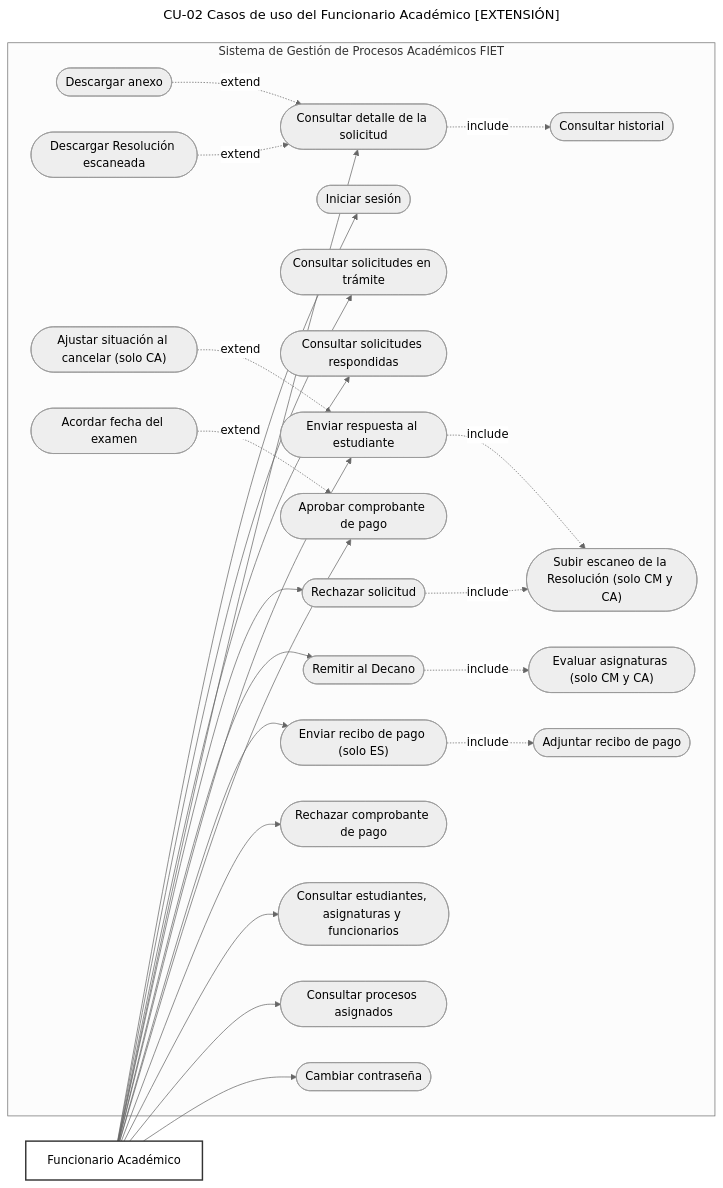
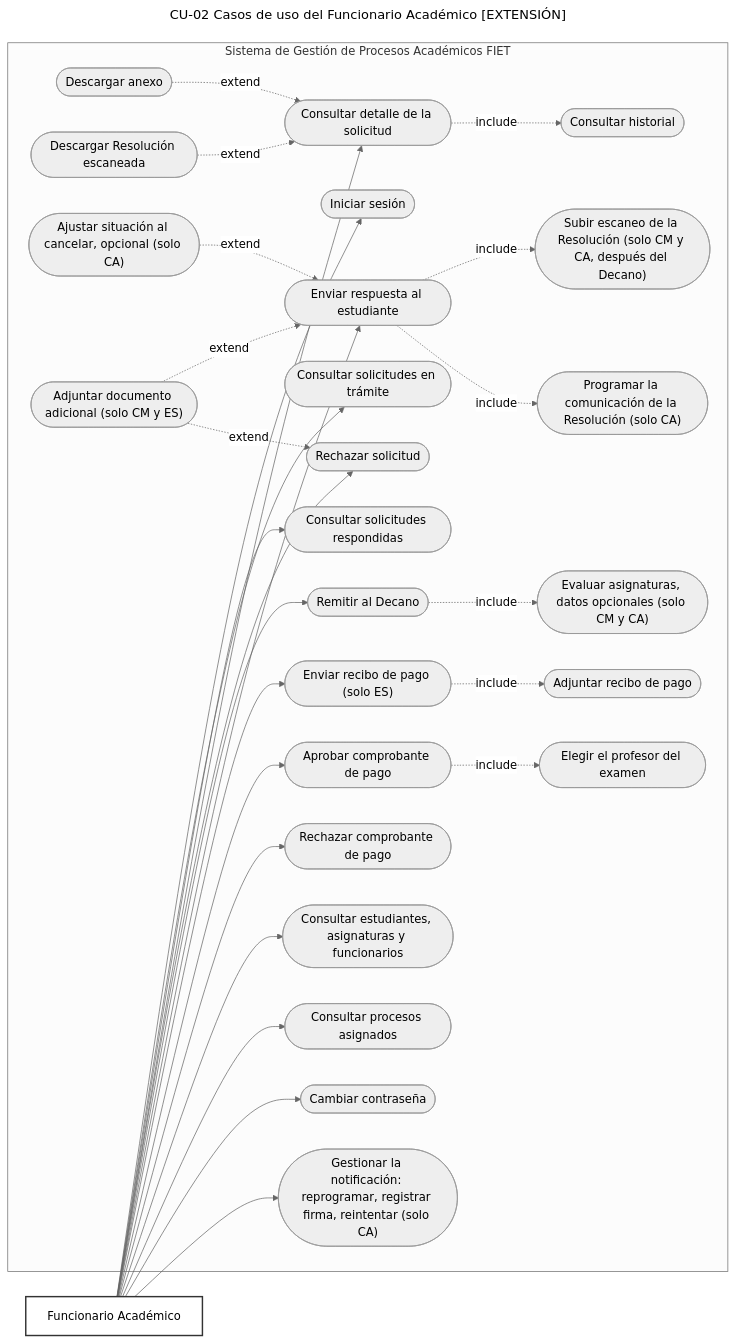
One commit to CamiloBonilla1226/Gestion-Procesos-Academicos-FIET changed the second of 42 diagrams in docs/analisis/13-diagramas-fuente.md. Above: the diagram before and after it, drawn with Mermaid (neutral theme). The commit also changed other lines of this file and 105 other files, not shown here.

Commit message:
Variables de entorno obligatorias para JWT y DARCA, zona horaria America/Bogota, selector de hora del examen cruzado, docs actualizados

````diff
--- a/docs/analisis/13-diagramas-fuente.md
+++ b/docs/analisis/13-diagramas-fuente.md
@@ -73,53 +75,59 @@
 ```mermaid
 ---
 title: CU-02 Casos de uso del Funcionario Académico [EXTENSIÓN]
 ---
 flowchart LR
     FA["Funcionario Académico"]:::actor
     subgraph SIS["Sistema de Gestión de Procesos Académicos FIET"]
         F01(["Iniciar sesión"])
         F02(["Consultar solicitudes en trámite"])
         F03(["Consultar solicitudes respondidas"])
         F04(["Consultar detalle de la solicitud"])
         F05(["Consultar historial"])
         F06(["Descargar anexo"])
         F07(["Descargar Resolución escaneada"])
         F08(["Rechazar solicitud"])
-        F09(["Subir escaneo de la Resolución (solo CM y CA)"])
+        F09(["Subir escaneo de la Resolución (solo CM y CA, después del Decano)"])
         F10(["Remitir al Decano"])
-        F11(["Evaluar asignaturas (solo CM y CA)"])
+        F11(["Evaluar asignaturas, datos opcionales (solo CM y CA)"])
         F12(["Enviar respuesta al estudiante"])
-        F13(["Ajustar situación al cancelar (solo CA)"])
+        F13(["Ajustar situación al cancelar, opcional (solo CA)"])
         F14(["Enviar recibo de pago (solo ES)"])
         F15(["Adjuntar recibo de pago"])
         F16(["Aprobar comprobante de pago"])
-        F17(["Acordar fecha del examen"])
+        F17(["Elegir el profesor del examen"])
+        F22(["Programar la comunicación de la Resolución (solo CA)"])
+        F23(["Gestionar la notificación: reprogramar, registrar firma, reintentar (solo CA)"])
+        F24(["Adjuntar documento adicional (solo CM y ES)"])
         F18(["Rechazar comprobante de pago"])
         F19(["Consultar estudiantes, asignaturas y funcionarios"])
         F20(["Consultar procesos asignados"])
         F21(["Cambiar contraseña"])
     end
     FA --> F01
     FA --> F02
     FA --> F03
     FA --> F04
     FA --> F08
     FA --> F10
     FA --> F12
     FA --> F14
     FA --> F16
     FA --> F18
     FA --> F19
     FA --> F20
     FA --> F21
     F04 -.->|include| F05
     F06 -.->|extend| F04
     F07 -.->|extend| F04
-    F08 -.->|include| F09
     F10 -.->|include| F11
     F12 -.->|include| F09
     F13 -.->|extend| F12
     F14 -.->|include| F15
-    F17 -.->|extend| F16
+    F16 -.->|include| F17
+    F12 -.->|include| F22
+    FA --> F23
+    F24 -.->|extend| F12
+    F24 -.->|extend| F08
     classDef actor fill:#ffffff,stroke:#333333,stroke-width:2px
 ```
````
